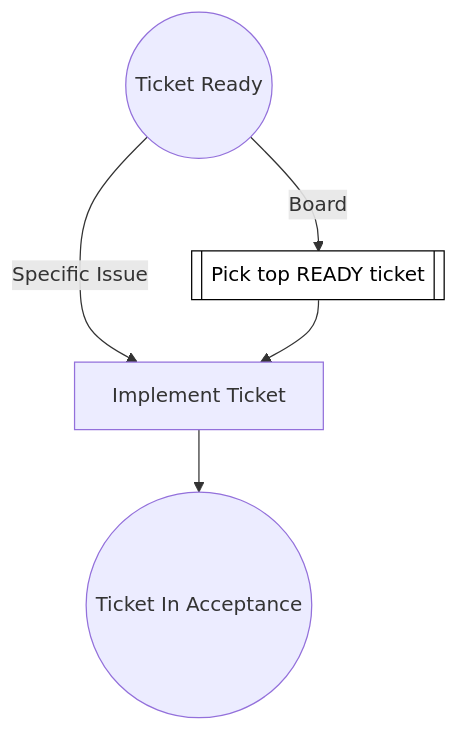
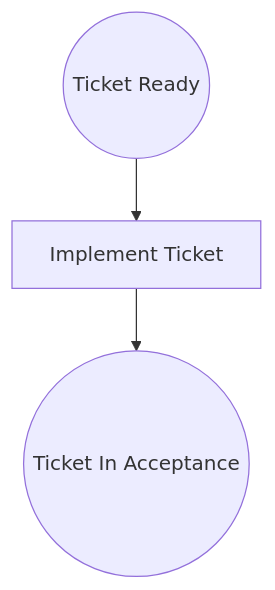
Before and after one commit to optivem/gh-optivem: the second of 53 diagrams in docs/process-diagram.md, drawn with Mermaid. The commit also changed 1 other file, not shown here.

Commit message:
atdd: regenerate process-flow diagram

````diff
--- a/docs/process-diagram.md
+++ b/docs/process-diagram.md
@@ -60,15 +60,9 @@
 ```mermaid
 flowchart TD
     END((Ticket In Acceptance))
     IMPLEMENT_TICKET[Implement Ticket]
-    PICK_TOP_READY[[Pick top READY ticket]]
     START((Ticket Ready))
 
-    START -- Board --> PICK_TOP_READY
-    START -- Specific Issue --> IMPLEMENT_TICKET
-    PICK_TOP_READY --> IMPLEMENT_TICKET
+    START --> IMPLEMENT_TICKET
     IMPLEMENT_TICKET --> END
-
-    classDef serviceNode fill:#ffffff,stroke:#000000,stroke-width:1px,color:#000000
-    class PICK_TOP_READY serviceNode
 ```
````
